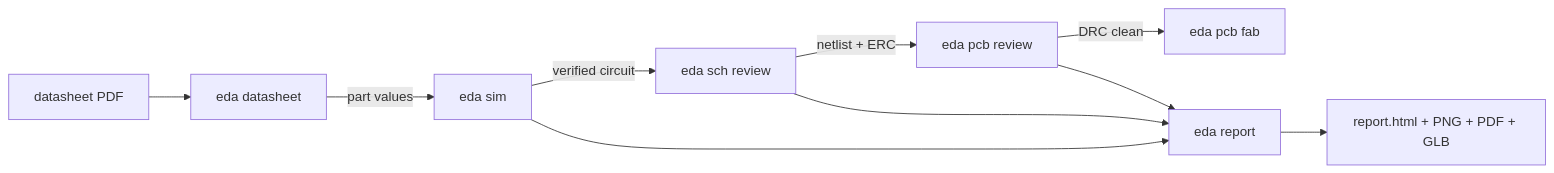
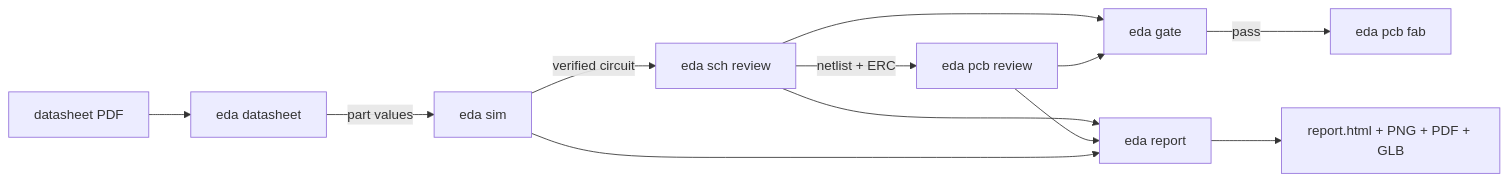
One commit to sabas0ba/kicad_skills changed the diagram in README.md. Above: the diagram before and after it, drawn with Mermaid. The commit also changed other lines of this file and 26 other files, not shown here.

````diff
--- a/README.md
+++ b/README.md
@@ -95,12 +96,14 @@
 ```mermaid
 flowchart LR
     PDF[datasheet PDF] --> DS[eda datasheet]
     DS -->|part values| SIM[eda sim]
     SIM -->|verified circuit| SCH[eda sch review]
     SCH -->|netlist + ERC| PCB[eda pcb review]
-    PCB -->|DRC clean| FAB[eda pcb fab]
+    SCH --> GATE[eda gate]
+    PCB --> GATE
+    GATE -->|pass| FAB[eda pcb fab]
     SCH --> REP[eda report]
     PCB --> REP
     SIM --> REP
     REP --> HTML[report.html + PNG + PDF + GLB]
 ```
````
